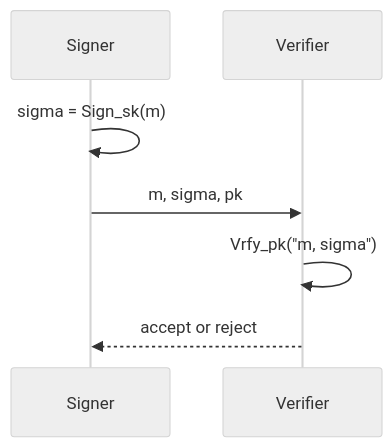
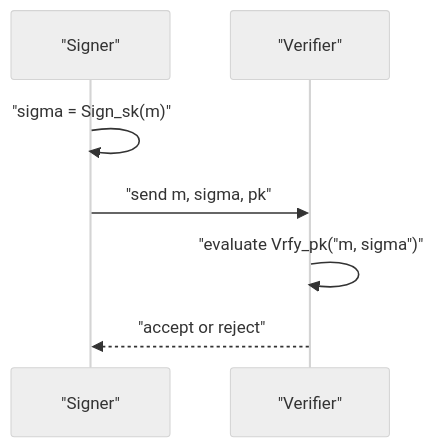
The diagram in docs/cs/cryptography/digital-signatures.md (justinbrianhwang/SJ-wiki), drawn with Mermaid (neutral theme) before and after one commit. The commit also changed other lines of this file and 955 other files, not shown here.

````diff
--- a/docs/cs/cryptography/digital-signatures.md
+++ b/docs/cs/cryptography/digital-signatures.md
@@ -96,9 +96,9 @@
 ```mermaid
 sequenceDiagram
-  participant S as Signer
-  participant V as Verifier
-  S->>S: sigma = Sign_sk(m)
-  S->>V: m, sigma, pk
-  V->>V: Vrfy_pk("m, sigma")
-  V-->>S: accept or reject
+  participant S as "Signer"
+  participant V as "Verifier"
+  S->>S: "sigma = Sign_sk(m)"
+  S->>V: "send m, sigma, pk"
+  V->>V: "evaluate Vrfy_pk("m, sigma")"
+  V-->>S: "accept or reject"
 ```
````
